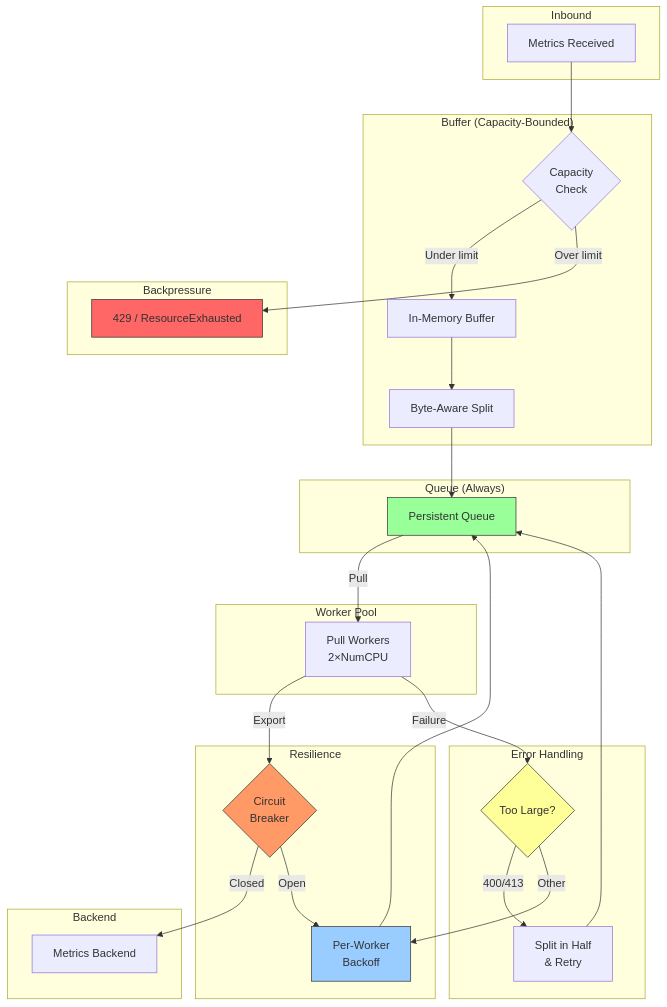
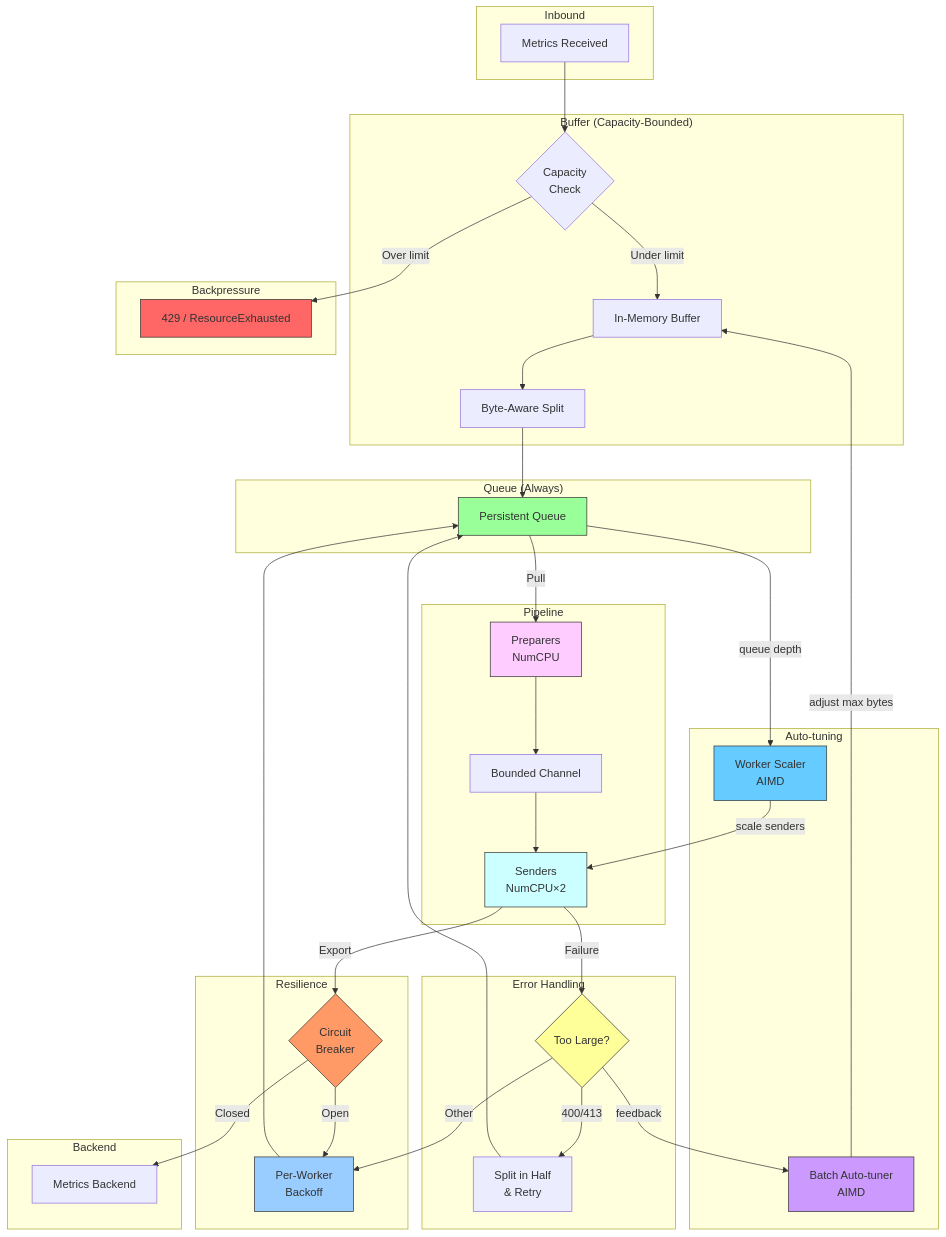
Before and after one commit to szibis/metrics-governor: the fifth of 6 diagrams in docs/resilience.md, drawn with Mermaid. The commit also changed other lines of this file and 40 other files, not shown here.

````diff
--- a/docs/resilience.md
+++ b/docs/resilience.md
@@ -304,60 +310,76 @@
 ```mermaid
 flowchart TB
     subgraph "Inbound"
         IN[Metrics Received]
     end
 
     subgraph "Buffer (Capacity-Bounded)"
         BUF[In-Memory Buffer]
         CAP{Capacity<br/>Check}
         SPLIT[Byte-Aware Split]
     end
 
     subgraph "Queue (Always)"
         Q[Persistent Queue]
     end
 
-    subgraph "Worker Pool"
-        WP[Pull Workers<br/>2×NumCPU]
+    subgraph "Pipeline"
+        PREP[Preparers<br/>NumCPU]
+        CH[Bounded Channel]
+        SEND[Senders<br/>NumCPU×2]
+    end
+
+    subgraph "Auto-tuning"
+        BT[Batch Auto-tuner<br/>AIMD]
+        WS[Worker Scaler<br/>AIMD]
     end
 
     subgraph "Error Handling"
         SOE{Too Large?}
         HALF[Split in Half<br/>& Retry]
     end
 
     subgraph "Resilience"
         CB{Circuit<br/>Breaker}
         BO[Per-Worker<br/>Backoff]
     end
 
     subgraph "Backend"
         BE[Metrics Backend]
     end
 
     subgraph "Backpressure"
         REJECT["429 / ResourceExhausted"]
     end
 
     IN --> CAP
     CAP -->|"Under limit"| BUF
     CAP -->|"Over limit"| REJECT
     BUF --> SPLIT --> Q
-    Q -->|Pull| WP
+    Q -->|Pull| PREP --> CH --> SEND
 
-    WP -->|"Export"| CB
+    SEND -->|"Export"| CB
     CB -->|"Closed"| BE
     CB -->|"Open"| BO
     BO --> Q
 
-    WP -->|"Failure"| SOE
+    SEND -->|"Failure"| SOE
     SOE -->|"400/413"| HALF
     HALF --> Q
     SOE -->|"Other"| BO
+
+    BT -->|"adjust max bytes"| BUF
+    WS -->|"scale senders"| SEND
+    SOE -->|"feedback"| BT
+    Q -->|"queue depth"| WS
 
     style CB fill:#f96,stroke:#333
     style BO fill:#9cf,stroke:#333
     style Q fill:#9f9,stroke:#333
     style SOE fill:#ff9,stroke:#333
     style REJECT fill:#f66,stroke:#333
+    style BT fill:#c9f,stroke:#333
+    style WS fill:#6cf,stroke:#333
+    style PREP fill:#fcf,stroke:#333
+    style SEND fill:#cff,stroke:#333
 ```
````
